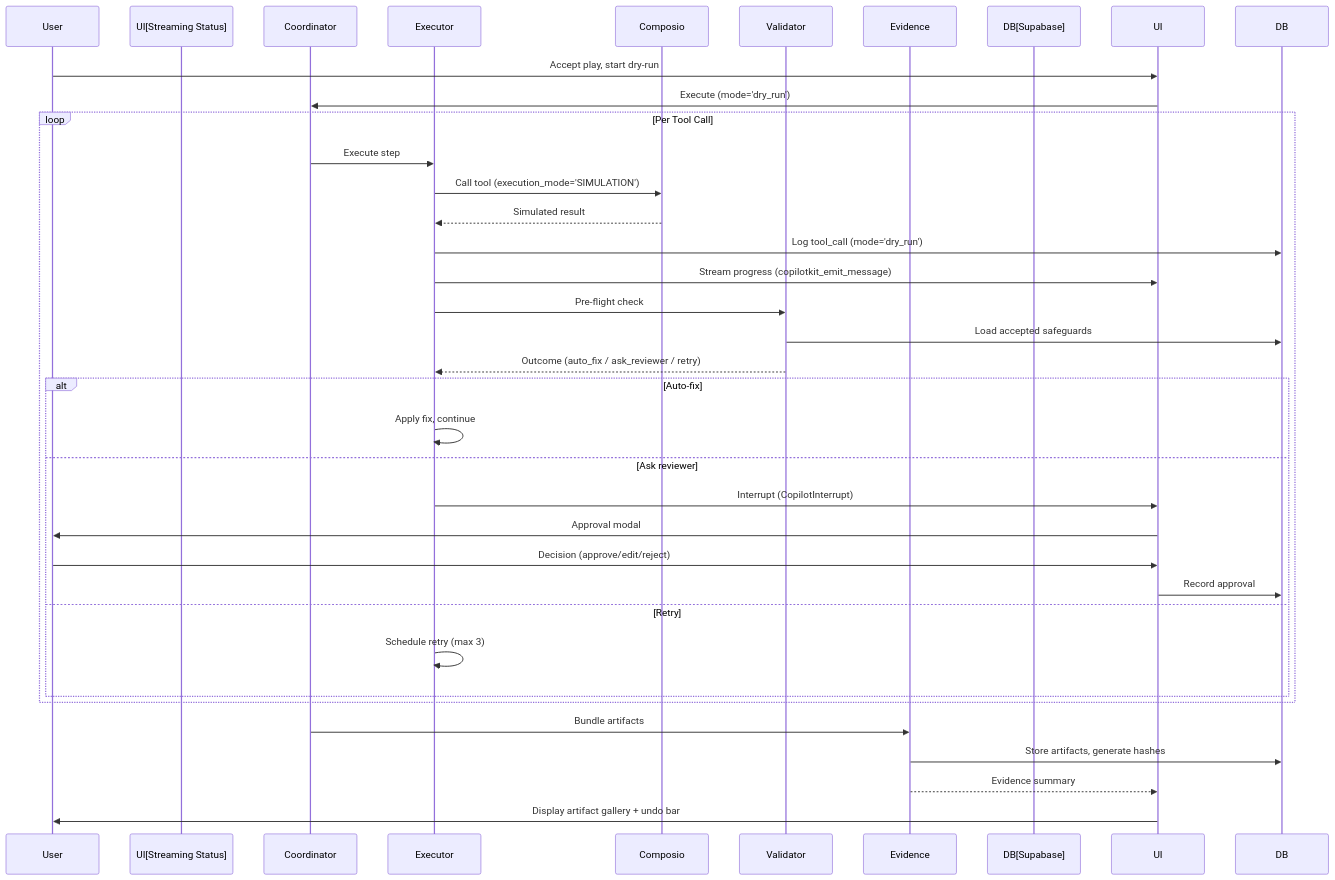
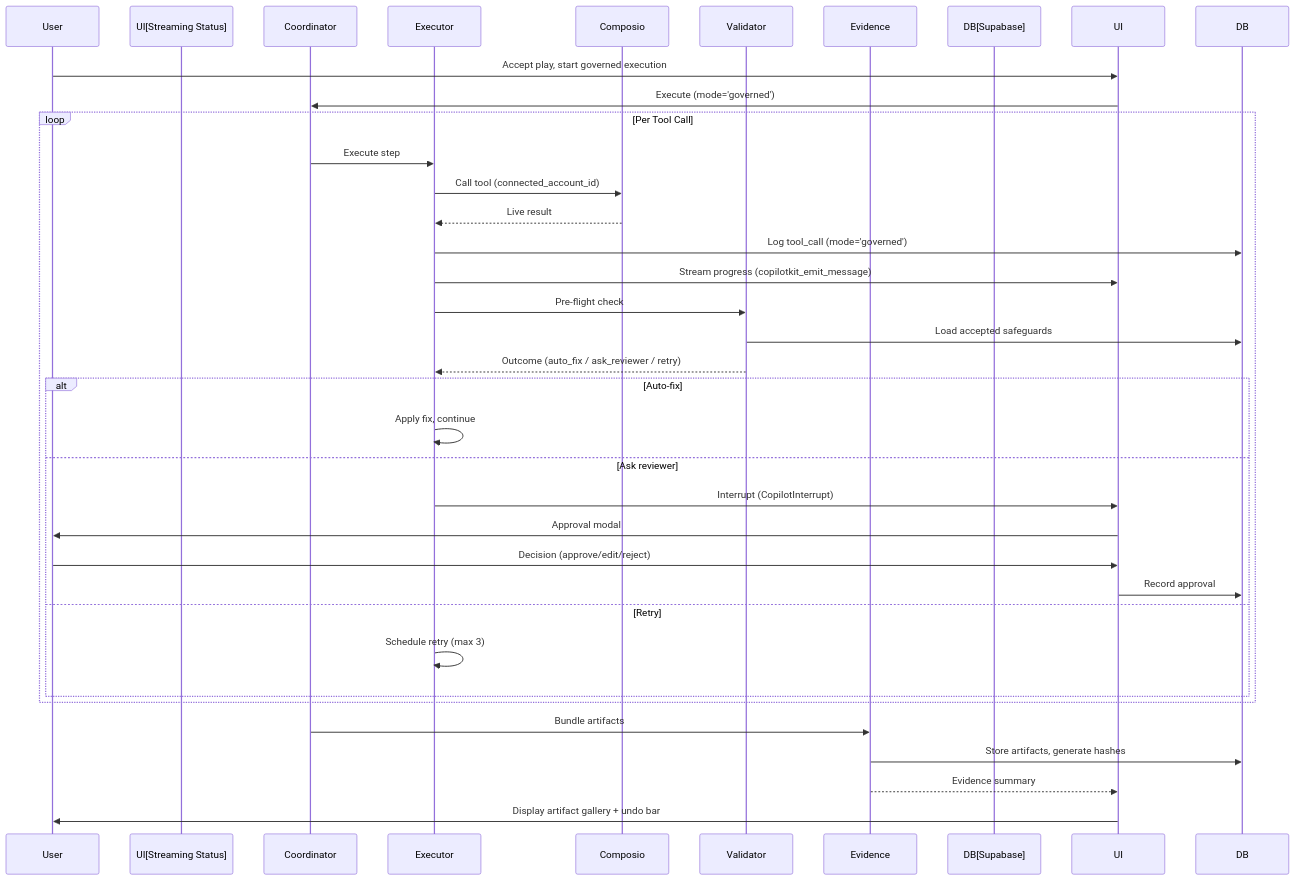
The fifth of 6 diagrams in docs/02_system_overview.md (maxbaluev/ai_employee_0), drawn with Mermaid before and after one commit. The commit also changed other lines of this file and 20 other files, not shown here.

````diff
--- a/docs/02_system_overview.md
+++ b/docs/02_system_overview.md
@@ -755,42 +755,42 @@
 ```mermaid
 sequenceDiagram
     participant User
     participant UI[Streaming Status]
     participant Coordinator
     participant Executor
     participant Composio
     participant Validator
     participant Evidence
     participant DB[Supabase]
 
-    User->>UI: Accept play, start dry-run
-    UI->>Coordinator: Execute (mode='dry_run')
+    User->>UI: Accept play, start governed execution
+    UI->>Coordinator: Execute (mode='governed')
 
     loop Per Tool Call
         Coordinator->>Executor: Execute step
-        Executor->>Composio: Call tool (execution_mode='SIMULATION')
-        Composio-->>Executor: Simulated result
-        Executor->>DB: Log tool_call (mode='dry_run')
+        Executor->>Composio: Call tool (connected_account_id)
+        Composio-->>Executor: Live result
+        Executor->>DB: Log tool_call (mode='governed')
         Executor->>UI: Stream progress (copilotkit_emit_message)
 
         Executor->>Validator: Pre-flight check
         Validator->>DB: Load accepted safeguards
         Validator-->>Executor: Outcome (auto_fix / ask_reviewer / retry)
 
         alt Auto-fix
             Executor->>Executor: Apply fix, continue
         else Ask reviewer
             Executor->>UI: Interrupt (CopilotInterrupt)
             UI->>User: Approval modal
             User->>UI: Decision (approve/edit/reject)
             UI->>DB: Record approval
         else Retry
             Executor->>Executor: Schedule retry (max 3)
         end
     end
 
     Coordinator->>Evidence: Bundle artifacts
     Evidence->>DB: Store artifacts, generate hashes
     Evidence-->>UI: Evidence summary
     UI->>User: Display artifact gallery + undo bar
 ```
````
